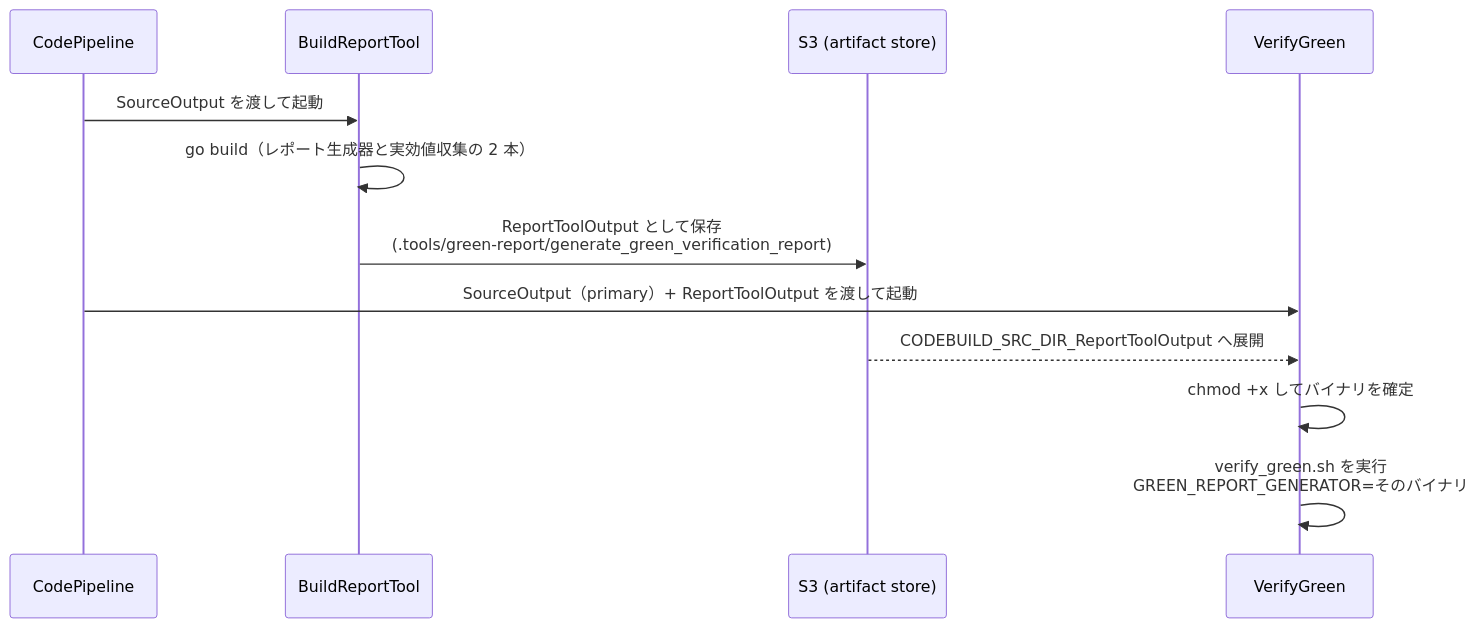
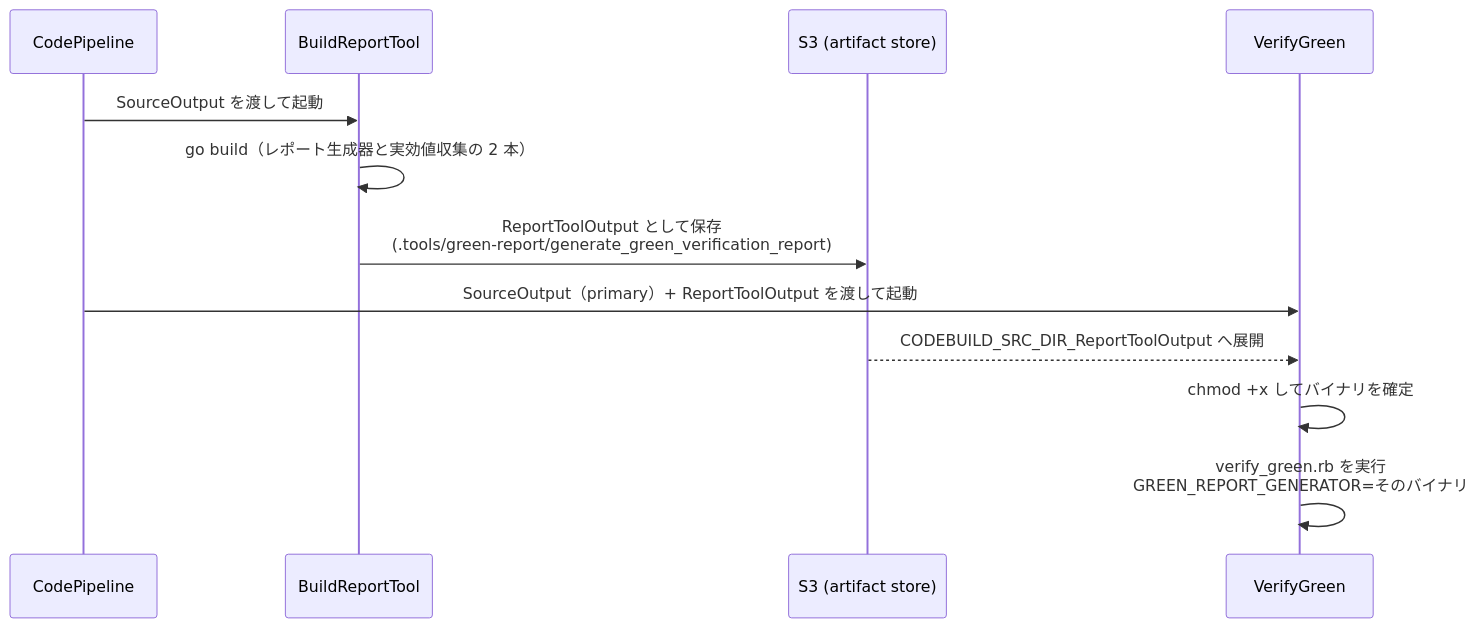
Before and after one commit to rxsxkxd/pk: the third of 7 diagrams in docs/rds_mysql_upgrade/ci/verify-green-vpc-architecture.md, drawn with Mermaid. The commit also changed 54 other files, not shown here.

````diff
--- a/docs/rds_mysql_upgrade/ci/verify-green-vpc-architecture.md
+++ b/docs/rds_mysql_upgrade/ci/verify-green-vpc-architecture.md
@@ -66,15 +66,15 @@
 ```mermaid
 sequenceDiagram
     participant P as CodePipeline
     participant B as BuildReportTool
     participant S3 as S3 (artifact store)
     participant V as VerifyGreen
 
     P->>B: SourceOutput を渡して起動
     B->>B: go build（レポート生成器と実効値収集の 2 本）
     B->>S3: ReportToolOutput として保存<br/>(.tools/green-report/generate_green_verification_report)
     P->>V: SourceOutput（primary）+ ReportToolOutput を渡して起動
     S3-->>V: CODEBUILD_SRC_DIR_ReportToolOutput へ展開
     V->>V: chmod +x してバイナリを確定
-    V->>V: verify_green.sh を実行<br/>GREEN_REPORT_GENERATOR=そのバイナリ
+    V->>V: verify_green.rb を実行<br/>GREEN_REPORT_GENERATOR=そのバイナリ
 ```
````
